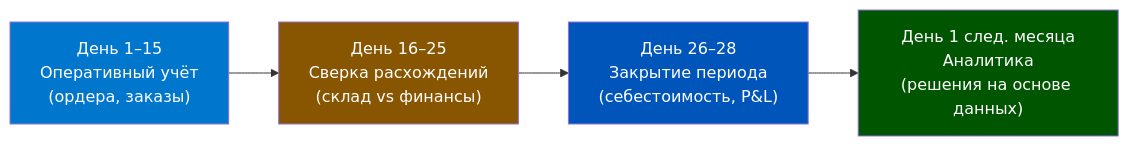
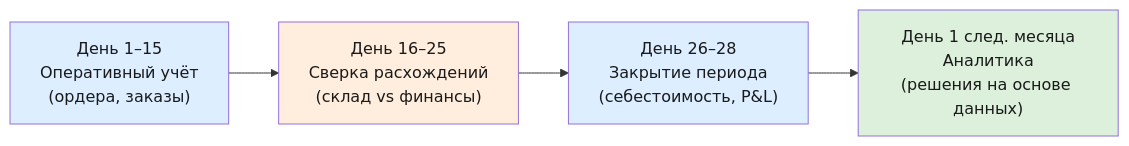
One commit to murad1986/1c-erp-quartz changed the fifth of 5 diagrams in content/1c-erp/week_1/Неделя 1 - День 7 - История Самоката.md. Above: the diagram before and after it, drawn with Mermaid. The commit also changed other lines of this file and 57 other files, not shown here.

First line of the commit message:
fix: Mermaid — пастельные цвета в источниках диаграмм (56 файлов)

````diff
--- a/content/1c-erp/week_1/Неделя 1 - День 7 - История Самоката.md
+++ b/content/1c-erp/week_1/Неделя 1 - День 7 - История Самоката.md
@@ -868,19 +868,19 @@
 ```mermaid
 flowchart LR
     D1["День 1–15
 Оперативный учёт
 (ордера, заказы)"] --> D2["День 16–25
 Сверка расхождений
 (склад vs финансы)"]
     D2 --> D3["День 26–28
 Закрытие периода
 (себестоимость, P&L)"]
     D3 --> D4["День 1 след. месяца
 Аналитика
 (решения на основе данных)"]
 
-    style D1 fill:#0077CC,color:#fff
-    style D2 fill:#885500,color:#fff
-    style D3 fill:#0055BB,color:#fff
-    style D4 fill:#005500,color:#fff
+    style D1 fill:#dceeff,color:#1a1a1a
+    style D2 fill:#ffeedd,color:#1a1a1a
+    style D3 fill:#dceeff,color:#1a1a1a
+    style D4 fill:#dcf0dc,color:#1a1a1a
 ```
````
